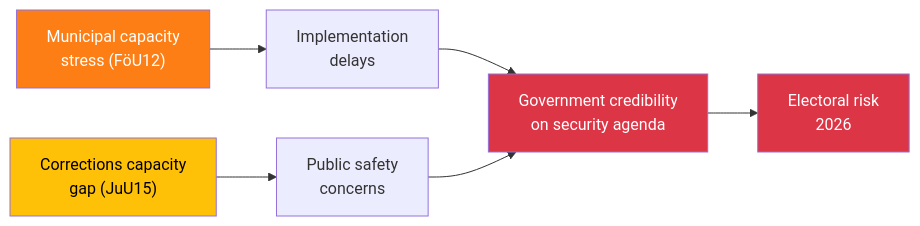
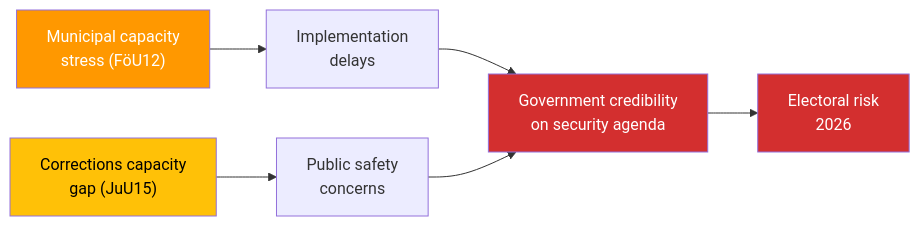
One commit to Hack23/riksdagsmonitor changed the second of 2 diagrams in analysis/daily/2026-04-03/committeeReports/synthesis-summary.md. Above: the diagram before and after it, drawn with Mermaid. The commit also changed other lines of this file and 785 other files, not shown here.

First line of the commit message:
Normalize mermaid colors across 786 analysis artifacts to ISMS Style Guide palette

````diff
--- a/analysis/daily/2026-04-03/committeeReports/synthesis-summary.md
+++ b/analysis/daily/2026-04-03/committeeReports/synthesis-summary.md
@@ -90,13 +90,13 @@
 ```mermaid
 graph LR
     A["Municipal capacity<br/>stress (FöU12)"] --> B["Implementation<br/>delays"]
     C["Corrections capacity<br/>gap (JuU15)"] --> D["Public safety<br/>concerns"]
     B --> E["Government credibility<br/>on security agenda"]
     D --> E
     E --> F["Electoral risk<br/>2026"]
 
-    style A fill:#fd7e14,color:#fff
-    style C fill:#ffc107,color:#000
-    style E fill:#dc3545,color:#fff
-    style F fill:#dc3545,color:#fff
+    style A fill:#FF9800,color:#FFFFFF
+    style C fill:#FFC107,color:#000000
+    style E fill:#D32F2F,color:#FFFFFF
+    style F fill:#D32F2F,color:#FFFFFF
 ```
````
